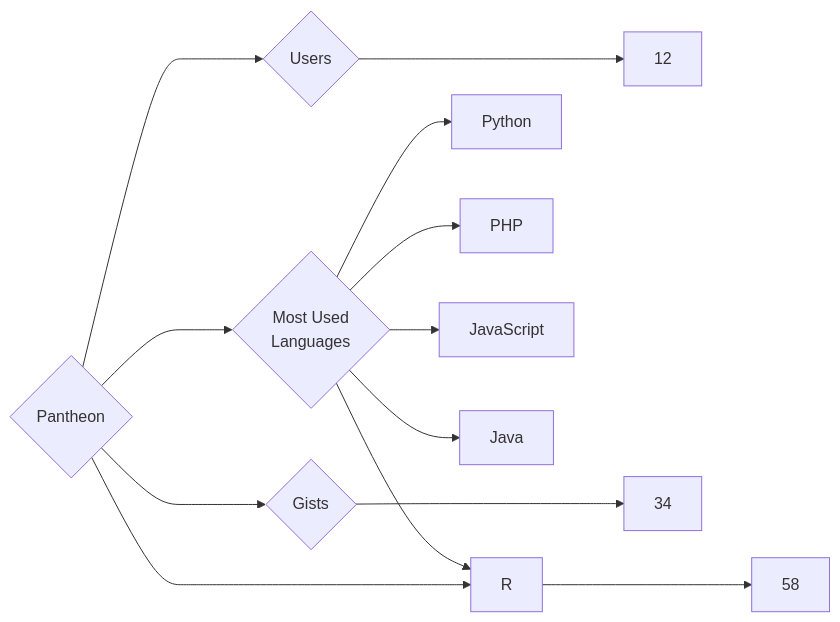
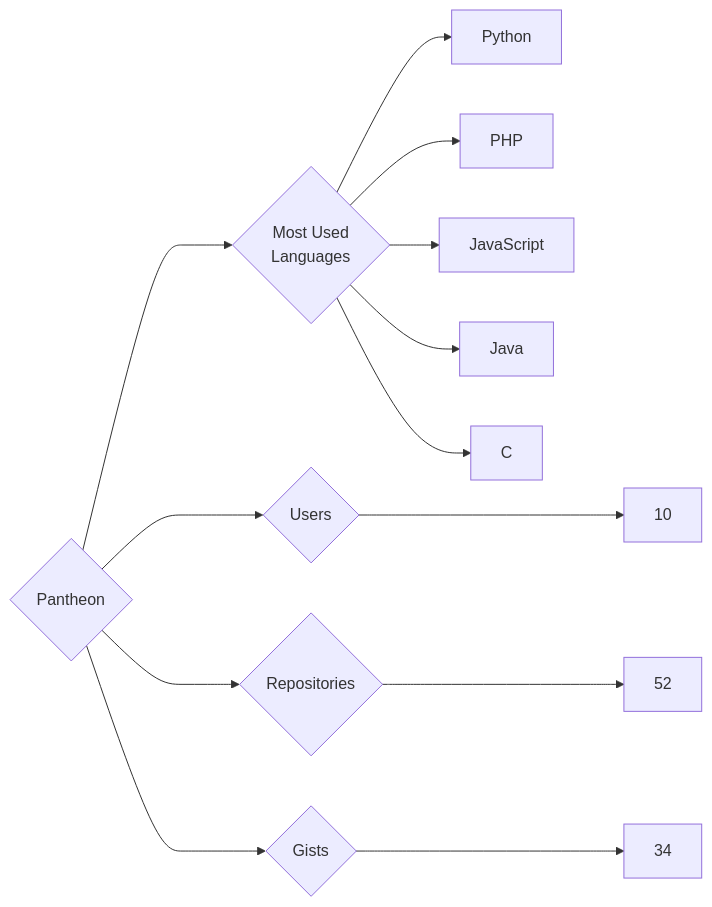
One commit to trickest/insiders changed the diagram in targets/Pantheon/README.md. Above: the diagram before and after it, drawn with Mermaid. The commit also changed 851 other files, not shown here.

````diff
--- a/targets/Pantheon/README.md
+++ b/targets/Pantheon/README.md
@@ -3,13 +3,13 @@
 ```mermaid
 graph LR
 COMPANY_NAME{Pantheon}
-COMPANY_NAME ---> U{Users} ---> UN[12]
-COMPANY_NAME ---> R{Repositories} ---> RN[58]
+COMPANY_NAME ---> U{Users} ---> UN[10]
+COMPANY_NAME ---> R{Repositories} ---> RN[52]
 COMPANY_NAME ---> G{Gists} ---> GN[34]
 COMPANY_NAME ---> ML{Most Used<br>Languages}
 ML --> Python[Python]
 ML --> PHP[PHP]
 ML --> JavaScript[JavaScript]
-ML --> R[R]
 ML --> Java[Java]
+ML --> C[C]
 ```
````
